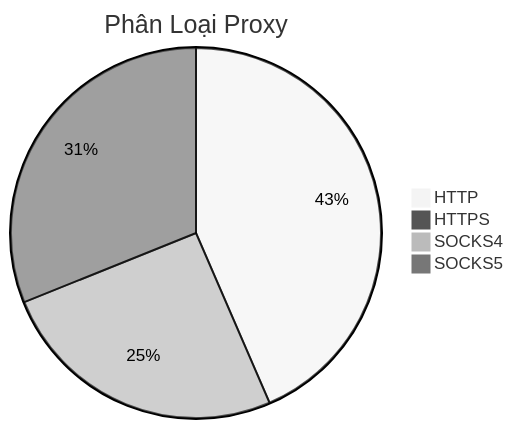
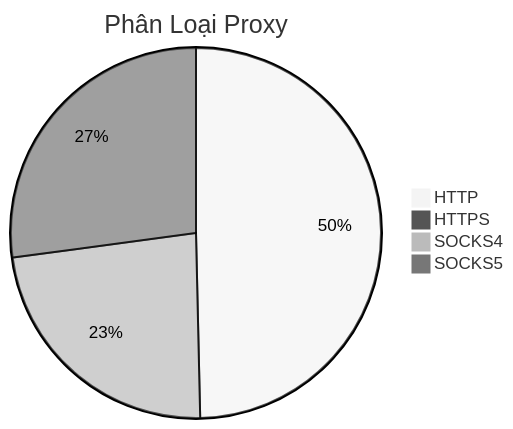
Before and after one commit to Ciara-12/PROXY-free: the diagram in README.md, drawn with Mermaid (neutral theme). The commit also changed other lines of this file and 4 other files, not shown here.

````diff
--- a/README.md
+++ b/README.md
@@ -26,7 +26,7 @@
 ```mermaid
 pie title Phân Loại Proxy
-    "HTTP" : 575
-    "HTTPS" : 5
-    "SOCKS4" : 336
-    "SOCKS5" : 411
+    "HTTP" : 754
+    "HTTPS" : 2
+    "SOCKS4" : 353
+    "SOCKS5" : 412
 ```
````
